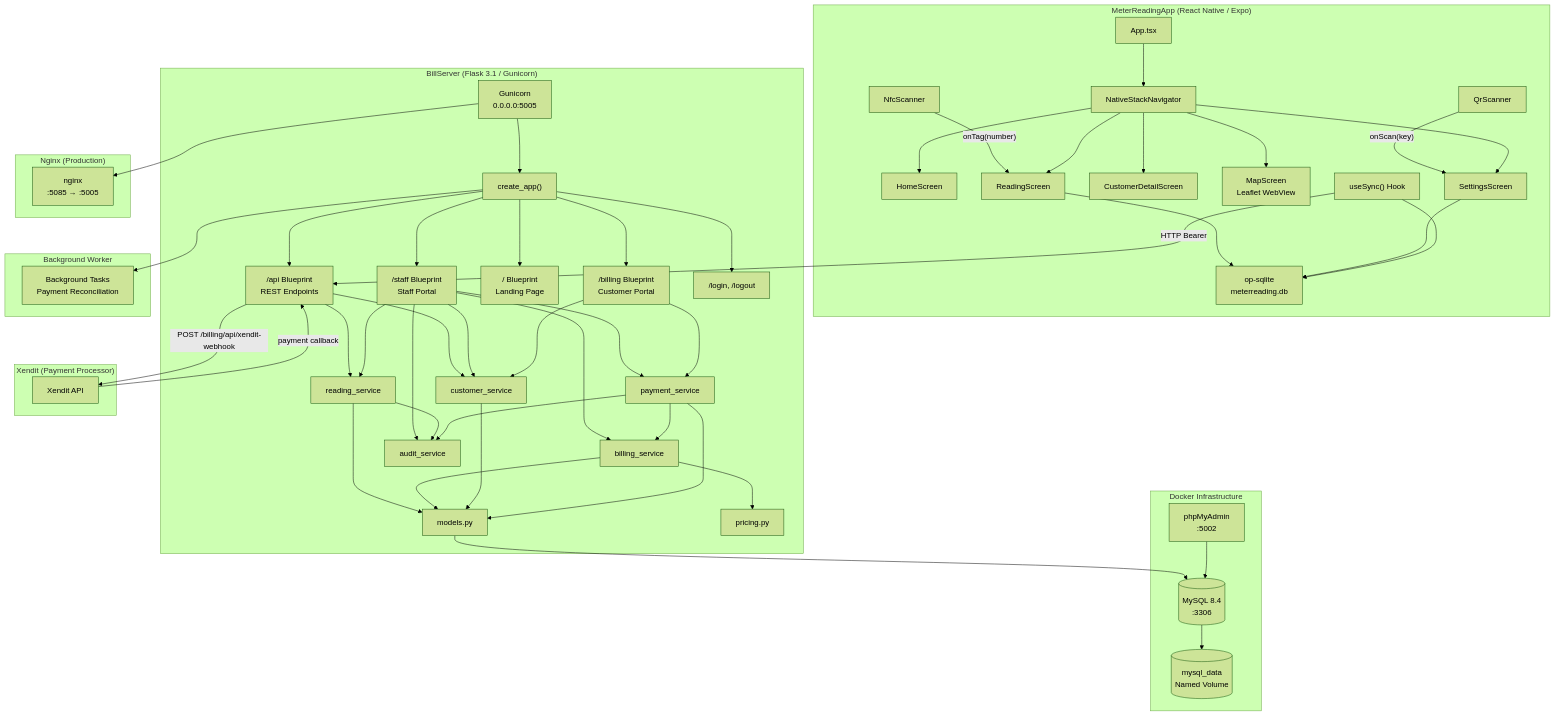
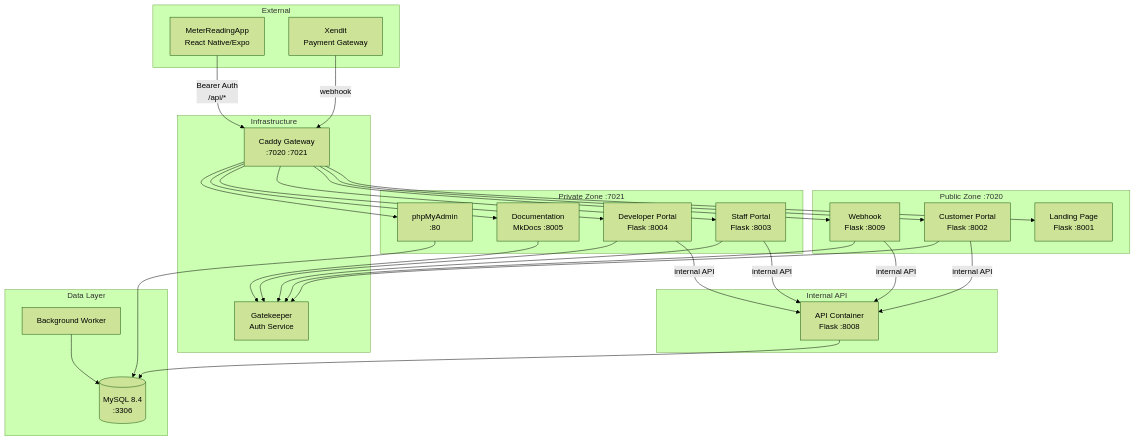
The first of 6 diagrams in documentation/docs/architecture.md (NovaProtocol/WaterBillingSystem), drawn with Mermaid (forest theme) before and after one commit. The commit also changed other lines of this file and 12 other files, not shown here.

Commit message:
docs: rewrite for current architecture (decomposed services, Caddy, Gatekeeper)

````diff
--- a/documentation/docs/architecture.md
+++ b/documentation/docs/architecture.md
@@ -5,79 +5,60 @@
 ```mermaid
 graph TB
-    subgraph "MeterReadingApp (React Native / Expo)"
-        APP["App.tsx"]
-        NAV["NativeStackNavigator"]
-        HOME["HomeScreen"]
-        READ["ReadingScreen"]
-        CUST["CustomerDetailScreen"]
-        MAP["MapScreen<br/>Leaflet WebView"]
-        SETT["SettingsScreen"]
-        SYNC["useSync() Hook"]
-        SQLITE["op-sqlite<br/>meterreading.db"]
-        NFC["NfcScanner"]
-        QR["QrScanner"]
+    subgraph "Public Zone :7020"
+        LAND["Landing Page<br/>Flask :8001"]
+        CP["Customer Portal<br/>Flask :8002"]
+        WH["Webhook<br/>Flask :8009"]
     end
 
-    subgraph "BillServer (Flask 3.1 / Gunicorn)"
-        WSGI["Gunicorn<br/>0.0.0.0:5005"]
-        FACTORY["create_app()"]
-        API["/api Blueprint<br/>REST Endpoints"]
-        STAFF["/staff Blueprint<br/>Staff Portal"]
-        LAND["/ Blueprint<br/>Landing Page"]
-        BILL["/billing Blueprint<br/>Customer Portal"]
-        AUTH["/login, /logout"]
-        SVC_READ["reading_service"]
-        SVC_BILL["billing_service"]
-        SVC_CUST["customer_service"]
-        SVC_PAY["payment_service"]
-        SVC_AUDIT["audit_service"]
-        MODELS["models.py"]
-        PRICING["pricing.py"]
+    subgraph "Private Zone :7021"
+        SP["Staff Portal<br/>Flask :8003"]
+        DP["Developer Portal<br/>Flask :8004"]
+        DOC["Documentation<br/>MkDocs :8005"]
+        PMA["phpMyAdmin<br/>:80"]
     end
 
-    subgraph "Docker Infrastructure"
-        MYSQL[("MySQL 8.4<br/>:3306")]
-        PHPMYADMIN["phpMyAdmin<br/>:5002"]
-        VOLUME[("mysql_data<br/>Named Volume")]
+    subgraph "Internal API"
+        API["API Container<br/>Flask :8008"]
     end
 
-    subgraph "Xendit (Payment Processor)"
-        XENDIT["Xendit API"]
+    subgraph "Data Layer"
+        DB[("MySQL 8.4<br/>:3306")]
+        WORKER["Background Worker"]
     end
 
-    subgraph "Nginx (Production)"
-        NGINX["nginx<br/>:5085 → :5005"]
+    subgraph "Infrastructure"
+        CAD["Caddy Gateway<br/>:7020 :7021"]
+        GK["Gatekeeper<br/>Auth Service"]
     end
 
-    subgraph "Background Worker"
-        APS["Background Tasks<br/>Payment Reconciliation"]
+    CAD --> LAND
+    CAD --> CP
+    CAD --> WH
+    CAD --> SP
+    CAD --> DP
+    CAD --> DOC
+    CAD --> PMA
+
+    CP -->|"internal API"| API
+    SP -->|"internal API"| API
+    DP -->|"internal API"| API
+    WH -->|"internal API"| API
+
+    API --> DB
+    WORKER --> DB
+    PMA --> DB
+
+    SP --> GK
+    DP --> GK
+    DOC --> GK
+    CP --> GK
+    WH --> GK
+
+    subgraph "External"
+        MOB["MeterReadingApp<br/>React Native/Expo"]
+        XENDIT["Xendit<br/>Payment Gateway"]
     end
 
-    NFC -->|"onTag(number)"| READ
-    QR -->|"onScan(key)"| SETT
-    READ --> SQLITE
-    SETT --> SQLITE
-    SYNC --> SQLITE
-    SYNC -->|"HTTP Bearer"| API
-    APP --> NAV
-    NAV --> HOME & READ & CUST & MAP & SETT
-
-    WSGI --> NGINX
-    WSGI --> FACTORY
-    FACTORY --> API & STAFF & LAND & BILL & AUTH
-    FACTORY --> APS
-
-    API --> SVC_READ & SVC_CUST
-    API -->|"POST /billing/api/xendit-webhook"| XENDIT
-    XENDIT -->|"payment callback"| API
-    STAFF --> SVC_READ & SVC_CUST & SVC_PAY & SVC_BILL & SVC_AUDIT
-    BILL --> SVC_CUST & SVC_PAY
-    SVC_PAY --> SVC_BILL
-    SVC_READ & SVC_PAY --> SVC_AUDIT
-    SVC_READ & SVC_BILL & SVC_CUST & SVC_PAY --> MODELS
-    SVC_BILL --> PRICING
-
-    MODELS --> MYSQL
-    MYSQL --> VOLUME
-    PHPMYADMIN --> MYSQL
+    MOB -->|"Bearer Auth<br/>/api/*"| CAD
+    XENDIT -->|"webhook"| CAD
 ```
````
